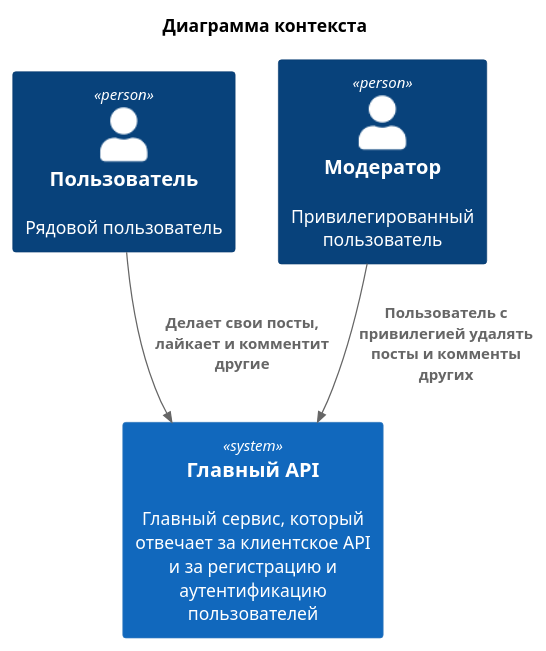
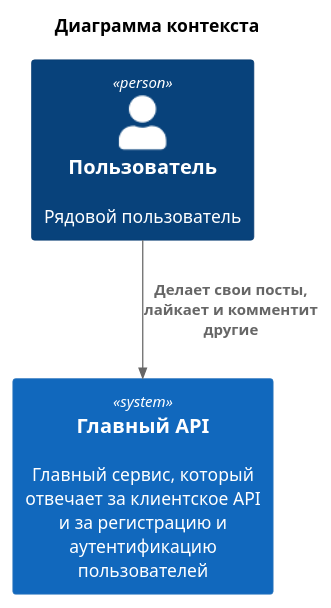
One commit to ramses44/soa-project changed the diagram in doc/C4-context.puml. Above: the diagram before and after it, drawn with PlantUML. The commit also changed 5 other files, not shown here.

```diff
--- a/doc/C4-context.puml
+++ b/doc/C4-context.puml
@@ -1,14 +1,12 @@
 @startuml Context_diagram
 !include https://raw.githubusercontent.com/plantuml-stdlib/C4-PlantUML/master/C4_Context.puml
 
 title Диаграмма контекста
 
 Person(user, "Пользователь", "Рядовой пользователь")
-Person(moder, "Модератор", "Привилегированный пользователь")
 
 System(gateway, "Главный API", "Главный сервис, который отвечает за клиентское API и за регистрацию и аутентификацию пользователей")
 
 Rel(user, gateway, "Делает свои посты, лайкает и комментит другие")
-Rel(moder, gateway, "Пользователь с привилегией удалять посты и комменты других")
 
 @enduml
```
